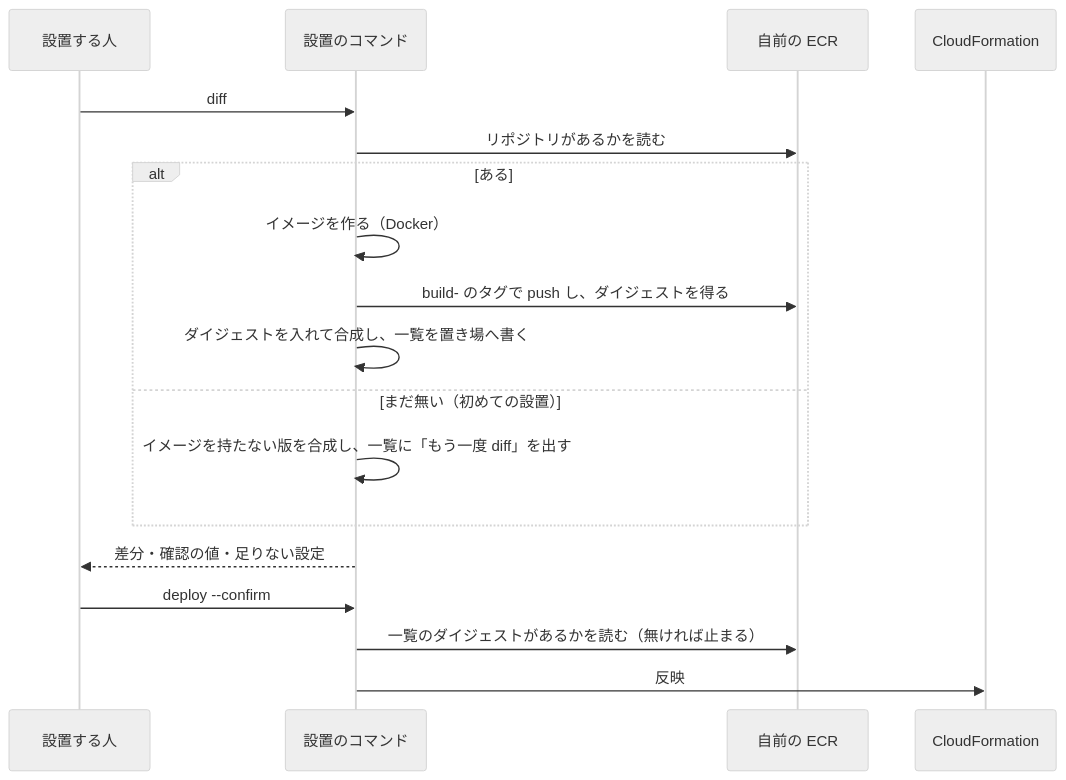
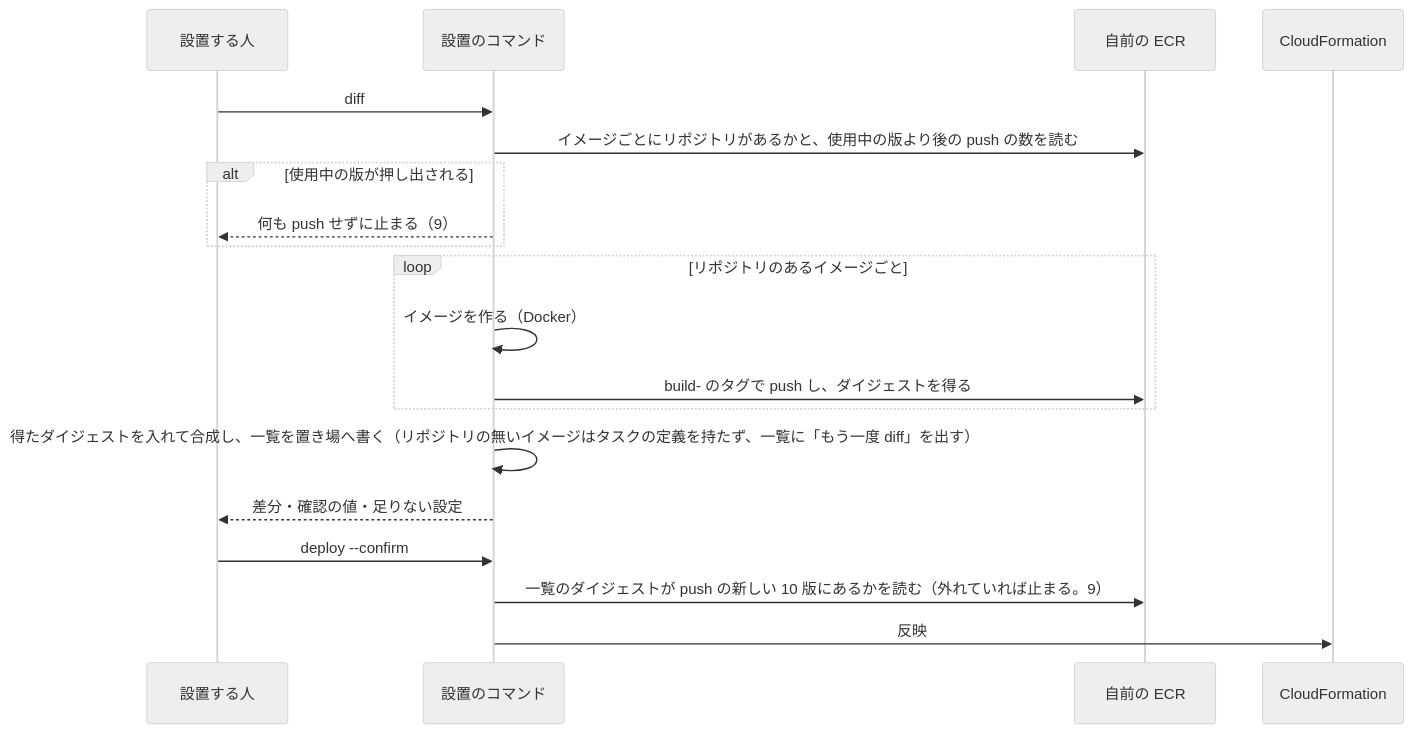
One commit to devbasex/nd-factory changed the fourth of 4 diagrams in issues/issue-13-design.md. Above: the diagram before and after it, drawn with Mermaid (neutral theme). The commit also changed other lines of this file and 2 other files, not shown here.

````diff
--- a/issues/issue-13-design.md
+++ b/issues/issue-13-design.md
@@ -209,20 +209,21 @@
 ```mermaid
 sequenceDiagram
     participant P as 設置する人
     participant S as 設置のコマンド
     participant R as 自前の ECR
     participant C as CloudFormation
     P->>S: diff
-    S->>R: リポジトリがあるかを読む
-    alt ある
+    S->>R: イメージごとにリポジトリがあるかと、使用中の版より後の push の数を読む
+    alt 使用中の版が押し出される
+        S-->>P: 何も push せずに止まる（9）
+    end
+    loop リポジトリのあるイメージごと
         S->>S: イメージを作る（Docker）
         S->>R: build- のタグで push し、ダイジェストを得る
-        S->>S: ダイジェストを入れて合成し、一覧を置き場へ書く
-    else まだ無い（初めての設置）
-        S->>S: イメージを持たない版を合成し、一覧に「もう一度 diff」を出す
     end
+    S->>S: 得たダイジェストを入れて合成し、一覧を置き場へ書く（リポジトリの無いイメージはタスクの定義を持たず、一覧に「もう一度 diff」を出す）
     S-->>P: 差分・確認の値・足りない設定
     P->>S: deploy --confirm
-    S->>R: 一覧のダイジェストがあるかを読む（無ければ止まる）
+    S->>R: 一覧のダイジェストが push の新しい 10 版にあるかを読む（外れていれば止まる。9）
     S->>C: 反映
 ```
````
